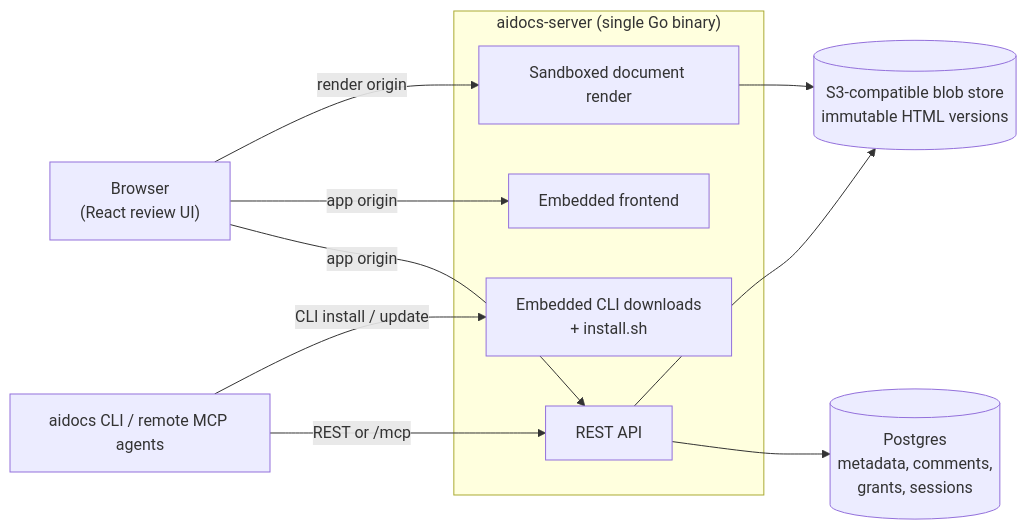
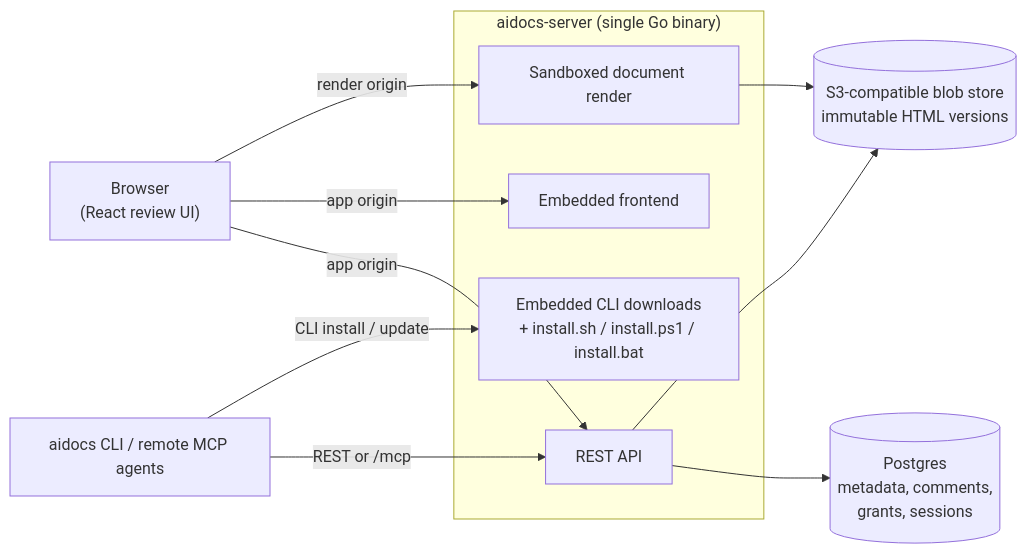
Before and after one commit to AasishDairelSahayaGrinspan/slashdocs: the diagram in README.md, drawn with Mermaid. The commit also changed other lines of this file and 5 other files, not shown here.

First line of the commit message:
feat: add Windows install support (install.ps1 + install.bat)

````diff
--- a/README.md
+++ b/README.md
@@ -189,24 +212,24 @@
 ```mermaid
 flowchart LR
     browser["Browser<br/>(React review UI)"]
     clients["aidocs CLI / remote MCP agents"]
 
     subgraph server["aidocs-server (single Go binary)"]
         api["REST API"]
         fe["Embedded frontend"]
-        dl["Embedded CLI downloads<br/>+ install.sh"]
+        dl["Embedded CLI downloads<br/>+ install.sh / install.ps1 / install.bat"]
         render["Sandboxed document render"]
     end
 
     pg[("Postgres<br/>metadata, comments,<br/>grants, sessions")]
     s3[("S3-compatible blob store<br/>immutable HTML versions")]
 
     browser -- "app origin" --> api
     browser -- "app origin" --> fe
     browser -- "render origin" --> render
     clients -- "REST or /mcp" --> api
     clients -- "CLI install / update" --> dl
     api --> pg
     api --> s3
     render --> s3
 ```
````
